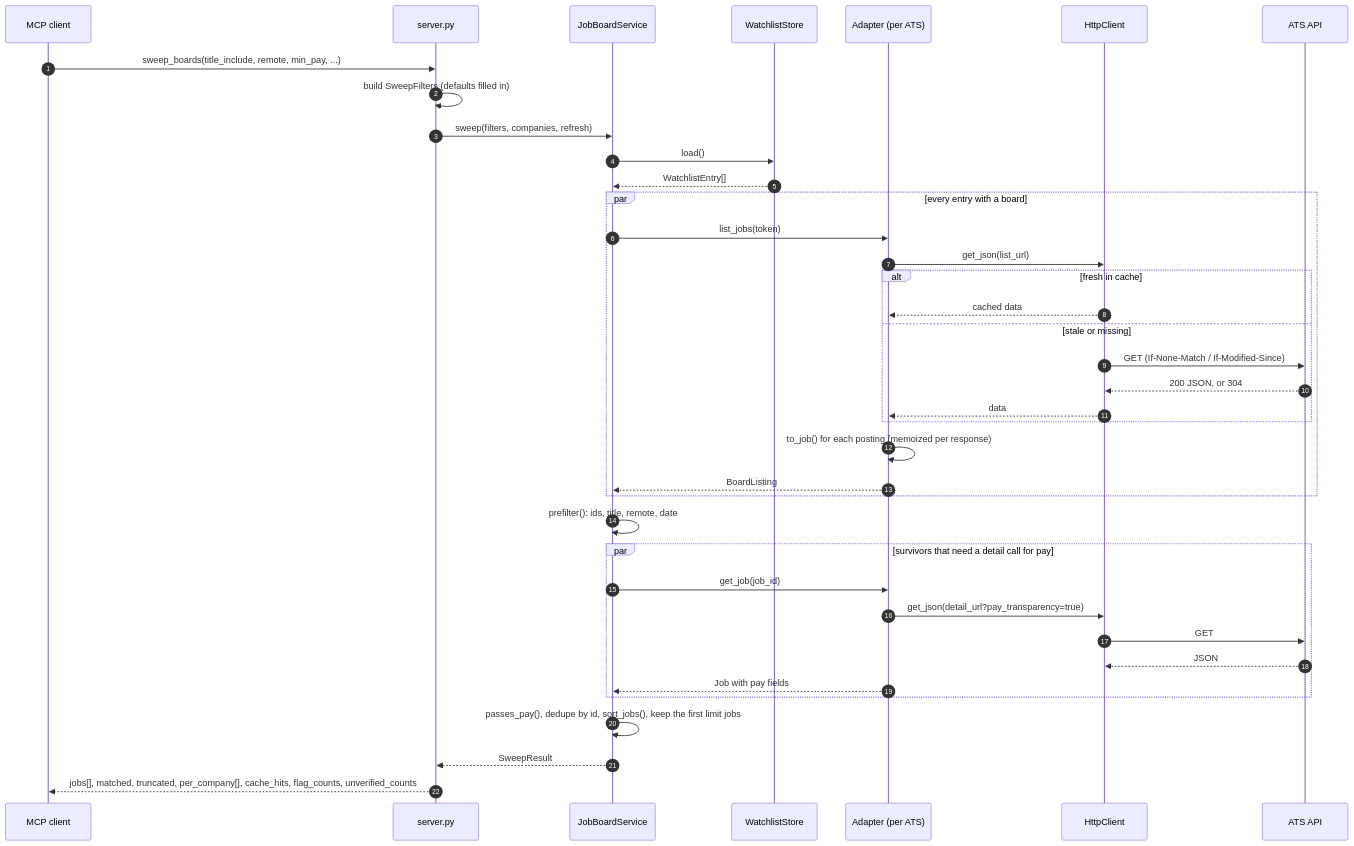
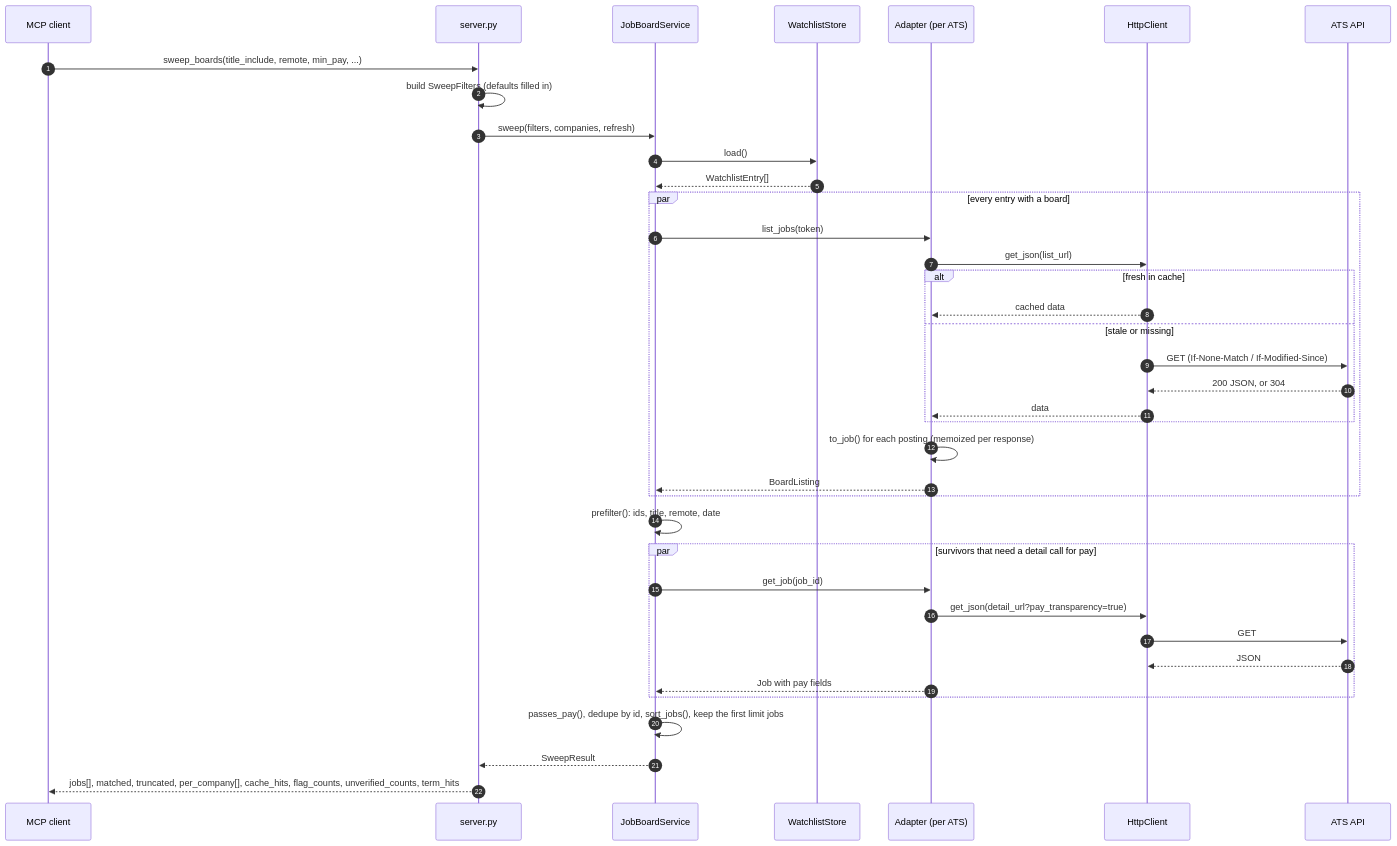
The third of 7 diagrams in docs/architecture.md (HakujouRyu/jobboard-mcp), drawn with Mermaid before and after one commit. The commit also changed other lines of this file and 10 other files, not shown here.

First line of the commit message:
Refuse regex title terms and report hits per term

````diff
--- a/docs/architecture.md
+++ b/docs/architecture.md
@@ -110,45 +110,45 @@
 ```mermaid
 sequenceDiagram
     autonumber
     participant C as MCP client
     participant S as server.py
     participant Svc as JobBoardService
     participant W as WatchlistStore
     participant A as Adapter (per ATS)
     participant H as HttpClient
     participant API as ATS API
 
     C->>S: sweep_boards(title_include, remote, min_pay, ...)
     S->>S: build SweepFilters (defaults filled in)
     S->>Svc: sweep(filters, companies, refresh)
     Svc->>W: load()
     W-->>Svc: WatchlistEntry[]
 
     par every entry with a board
         Svc->>A: list_jobs(token)
         A->>H: get_json(list_url)
         alt fresh in cache
             H-->>A: cached data
         else stale or missing
             H->>API: GET (If-None-Match / If-Modified-Since)
             API-->>H: 200 JSON, or 304
             H-->>A: data
         end
         A->>A: to_job() for each posting (memoized per response)
         A-->>Svc: BoardListing
     end
 
     Svc->>Svc: prefilter(): ids, title, remote, date
 
     par survivors that need a detail call for pay
         Svc->>A: get_job(job_id)
         A->>H: get_json(detail_url?pay_transparency=true)
         H->>API: GET
         API-->>H: JSON
         A-->>Svc: Job with pay fields
     end
 
     Svc->>Svc: passes_pay(), dedupe by id, sort_jobs(), keep the first limit jobs
     Svc-->>S: SweepResult
-    S-->>C: jobs[], matched, truncated, per_company[], cache_hits, flag_counts, unverified_counts
+    S-->>C: jobs[], matched, truncated, per_company[], cache_hits, flag_counts, unverified_counts, term_hits
 ```
````
